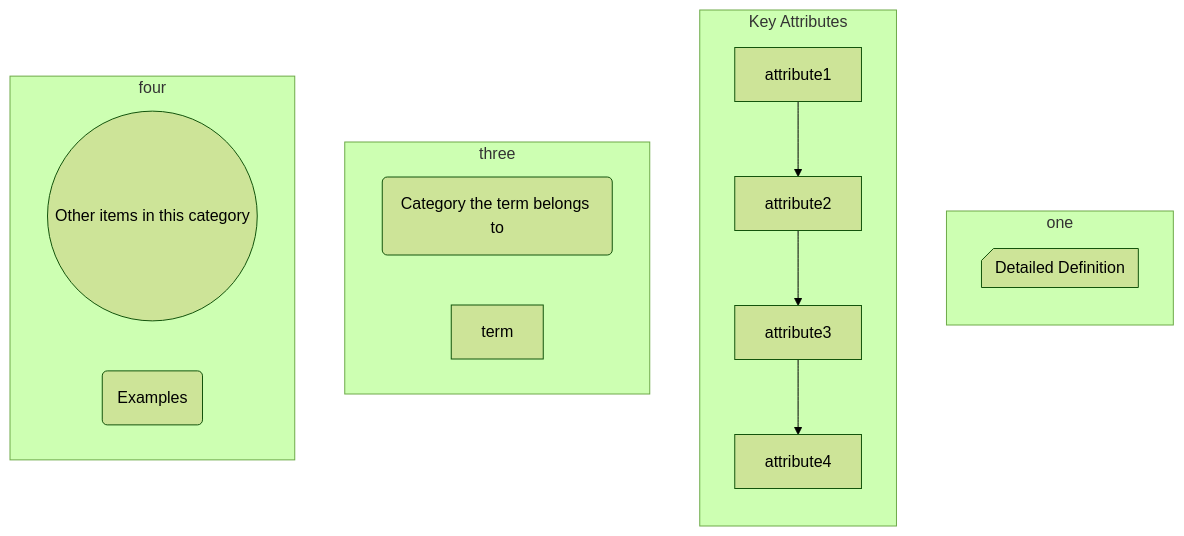
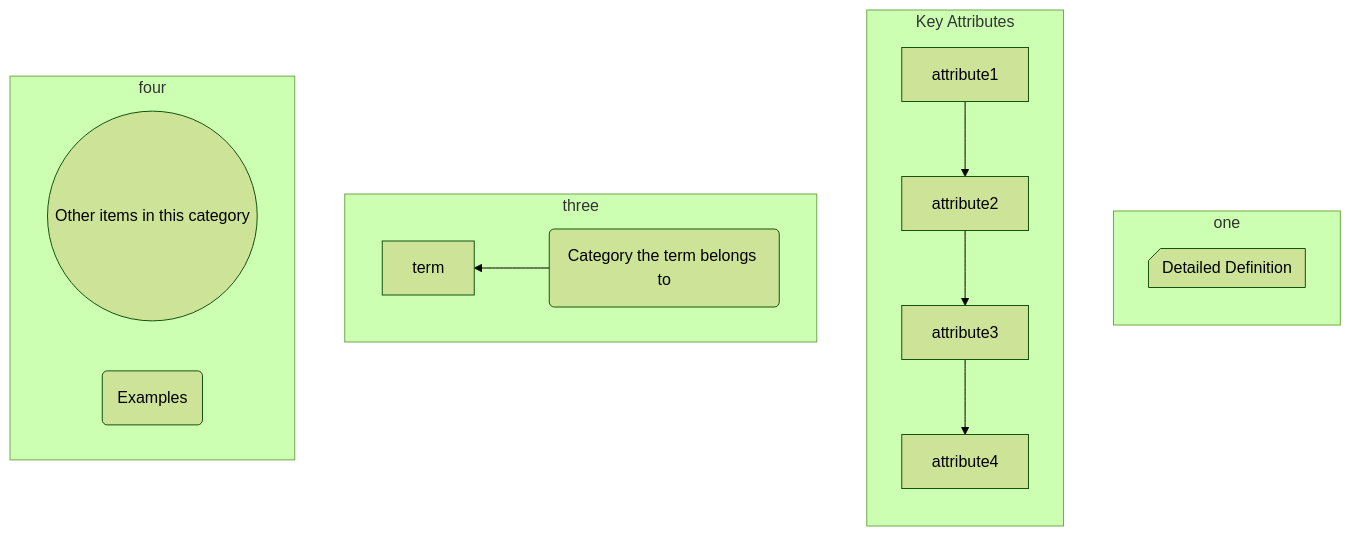
One commit to gerbssusd/dok changed the diagram in slides.md. Above: the diagram before and after it, drawn with Mermaid (forest theme).

````diff
--- a/slides.md
+++ b/slides.md
@@ -217,29 +217,29 @@
 ```mermaid
 flowchart TB
     subgraph one 
      direction TB
     a1@{ shape: card, label: Detailed Definition}
      end
     subgraph Key Attributes
      direction TB
      d1[attribute1] -->
      d2[attribute2] -->
      d3[attribute3] -->
      d4[attribute4] 
      end
     subgraph three
       direction RL
-        b1(Category the term belongs to) 
+        b1(Category the term belongs to) -->
         b2[term]
         end
     subgraph four
         e1((Other items in this category))
         e2(Examples              )
         end
 
 
 
 
 
 
 ```
````
